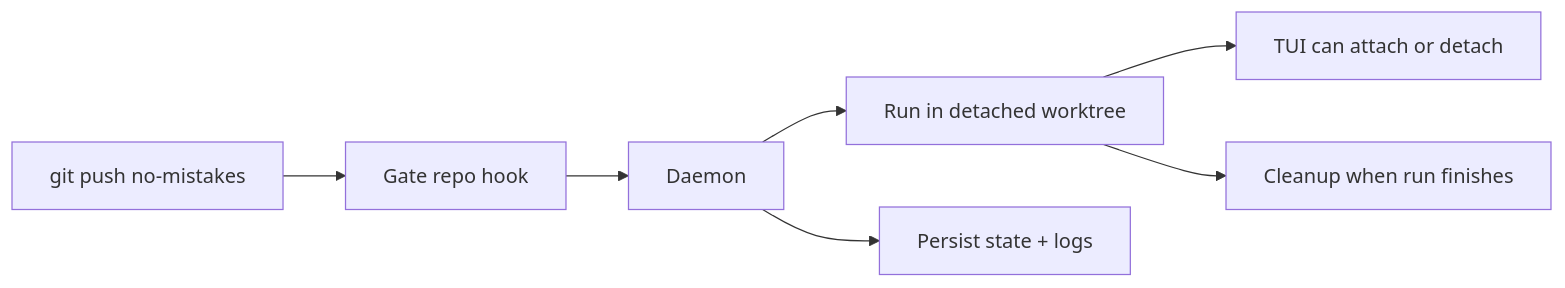
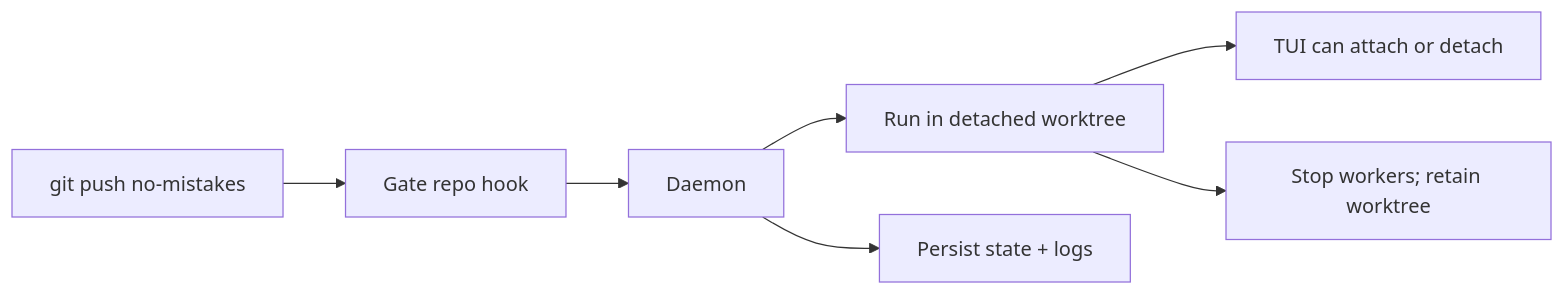
Before and after one commit to vladich/no-mistakes: the diagram in docs/src/content/docs/concepts/daemon.md, drawn with Mermaid. The commit also changed other lines of this file and 22 other files, not shown here.

Commit message:
fix: retain scratch worktrees until caller cleanup

````diff
--- a/docs/src/content/docs/concepts/daemon.md
+++ b/docs/src/content/docs/concepts/daemon.md
@@ -21,8 +21,8 @@
 ```mermaid
 flowchart LR
   push["git push no-mistakes"] --> gate["Gate repo hook"] --> daemon["Daemon"]
   daemon --> run["Run in detached worktree"]
   daemon --> state["Persist state + logs"]
   run --> tui["TUI can attach or detach"]
-  run --> cleanup["Cleanup when run finishes"]
+  run --> cleanup["Stop workers; retain worktree"]
 ```
````
